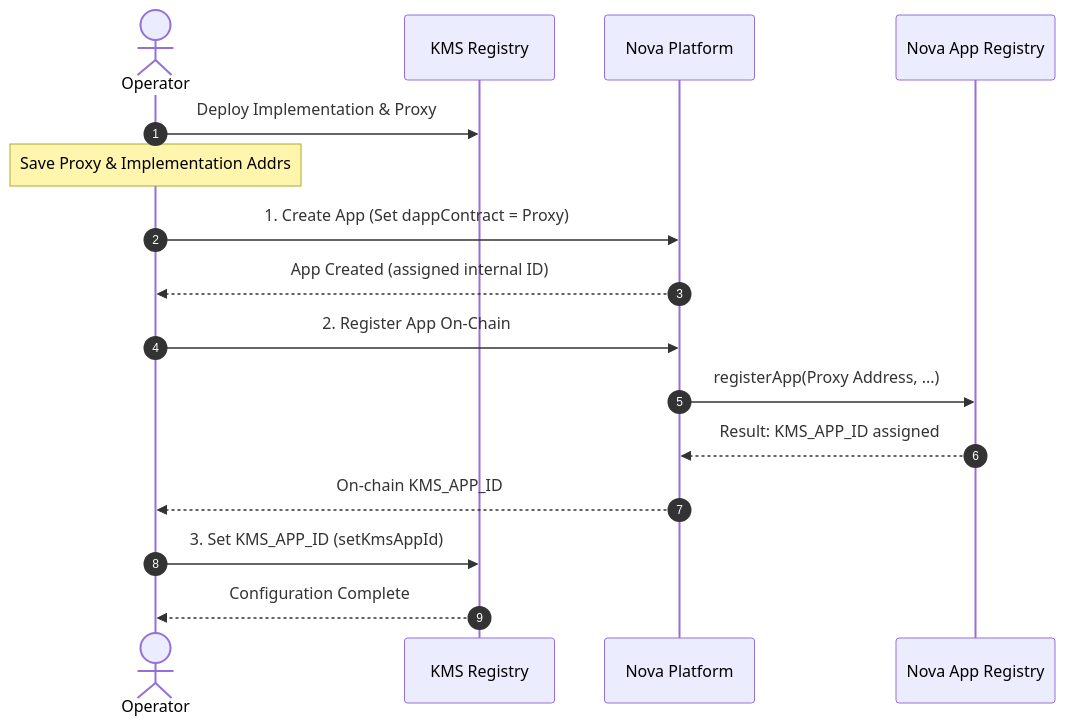
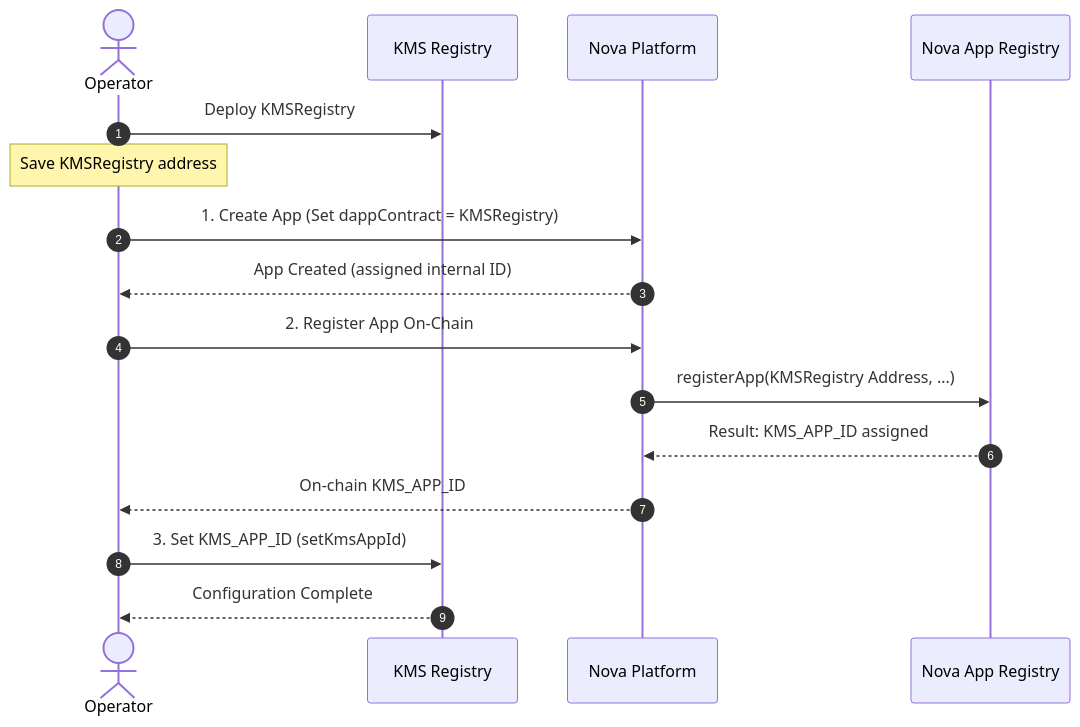
Before and after one commit to sparsity-xyz/nova-kms: the first of 5 diagrams in docs/kms-core-workflows.md, drawn with Mermaid. The commit also changed other lines of this file and 9 other files, not shown here.

````diff
--- a/docs/kms-core-workflows.md
+++ b/docs/kms-core-workflows.md
@@ -29,22 +28,22 @@
 ```mermaid
 sequenceDiagram
     autonumber
     actor Operator
     participant KMSReg as KMS Registry
     participant Platform as Nova Platform
     participant AppReg as Nova App Registry
 
-    Operator->>KMSReg: Deploy Implementation & Proxy
-    Note over Operator: Save Proxy & Implementation Addrs
+    Operator->>KMSReg: Deploy KMSRegistry
+    Note over Operator: Save KMSRegistry address
     
-    Operator->>Platform: 1. Create App (Set dappContract = Proxy)
+    Operator->>Platform: 1. Create App (Set dappContract = KMSRegistry)
     Platform-->>Operator: App Created (assigned internal ID)
     
     Operator->>Platform: 2. Register App On-Chain
-    Platform->>AppReg: registerApp(Proxy Address, ...)
+    Platform->>AppReg: registerApp(KMSRegistry Address, ...)
     AppReg-->>Platform: Result: KMS_APP_ID assigned
     Platform-->>Operator: On-chain KMS_APP_ID
     
     Operator->>KMSReg: 3. Set KMS_APP_ID (setKmsAppId)
     KMSReg-->>Operator: Configuration Complete
 ```
````
